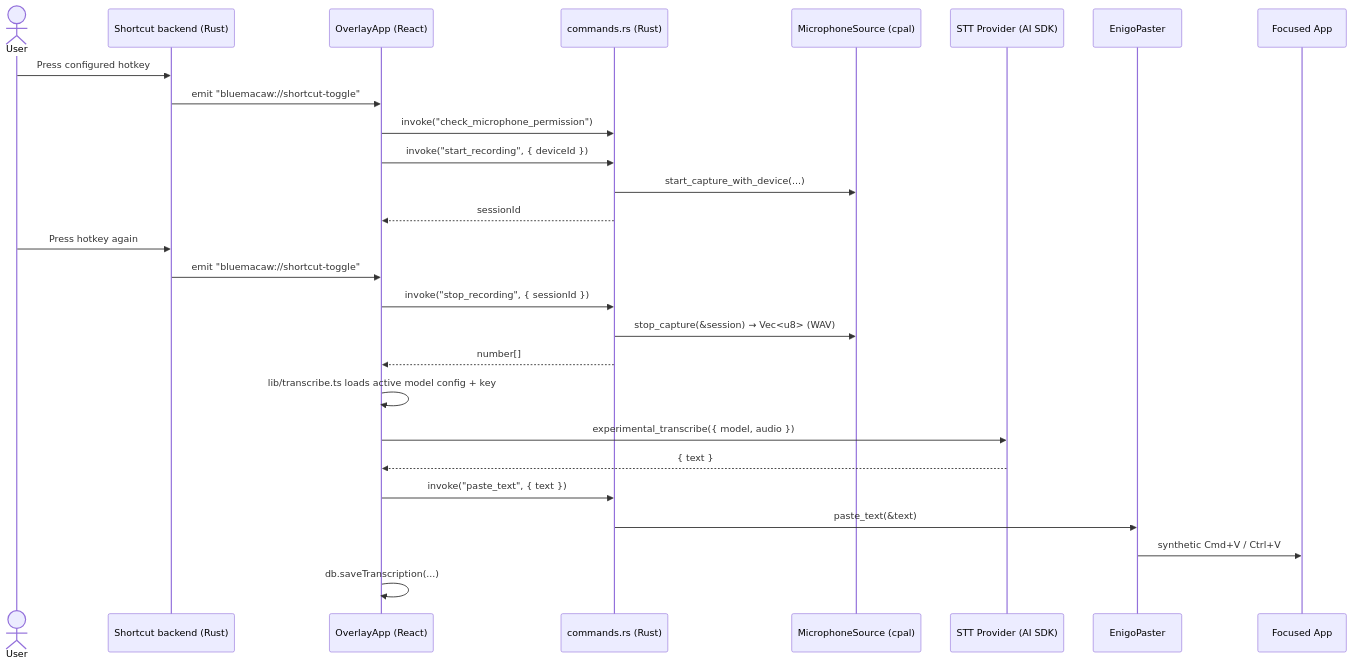
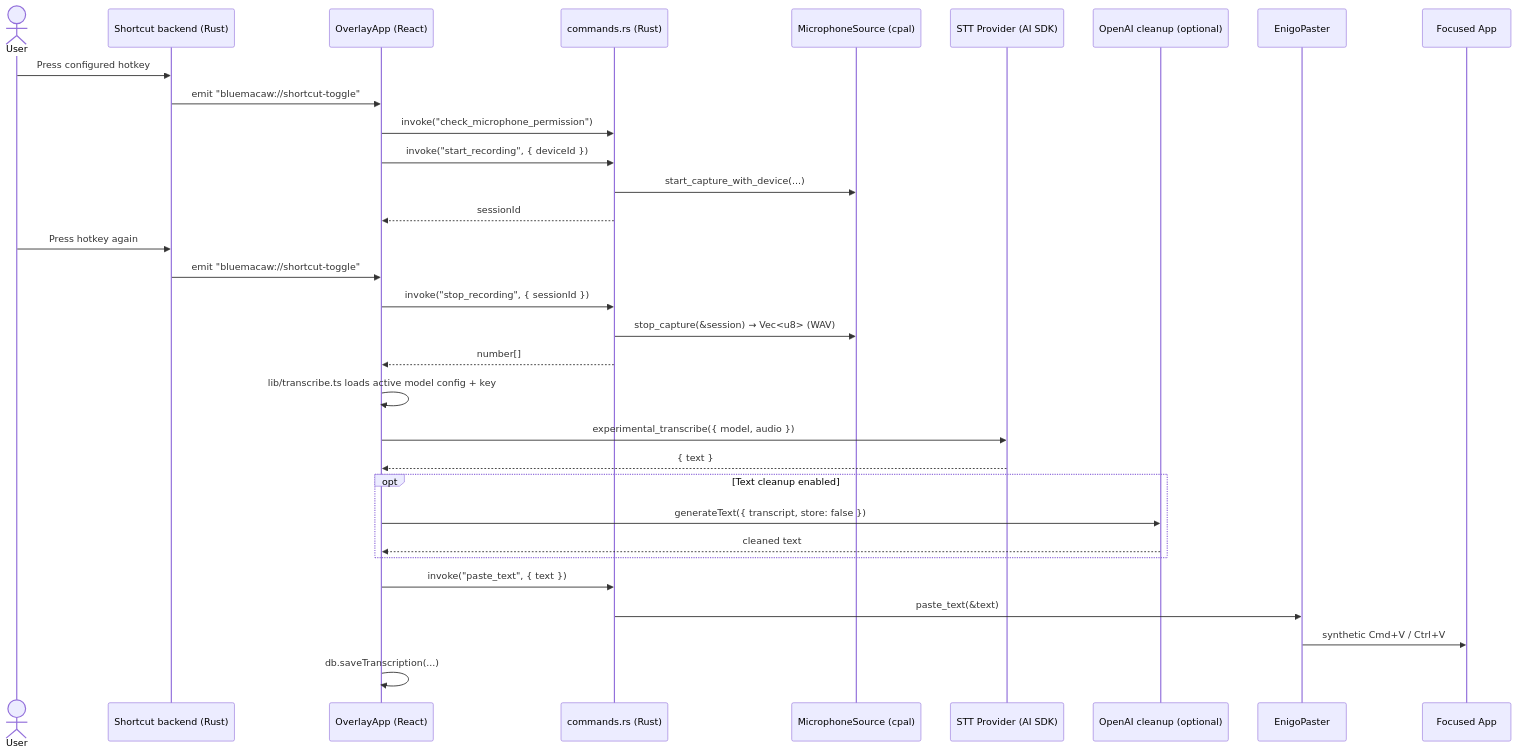
The diagram in docs/architecture.md (VH-Technology/bluemacaw), drawn with Mermaid before and after one commit. The commit also changed other lines of this file and 22 other files, not shown here.

First line of the commit message:
feat(desktop): add optional transcript cleanup (#24)

````diff
--- a/docs/architecture.md
+++ b/docs/architecture.md
@@ -115,30 +115,35 @@
 ```mermaid
 sequenceDiagram
     actor User
     participant Shortcut as Shortcut backend (Rust)
     participant Overlay as OverlayApp (React)
     participant Cmd as commands.rs (Rust)
     participant Audio as MicrophoneSource (cpal)
     participant Provider as STT Provider (AI SDK)
+    participant Cleanup as OpenAI cleanup (optional)
     participant Paster as EnigoPaster
     participant Focused as Focused App
 
     User->>Shortcut: Press configured hotkey
     Shortcut->>Overlay: emit "bluemacaw://shortcut-toggle"
     Overlay->>Cmd: invoke("check_microphone_permission")
     Overlay->>Cmd: invoke("start_recording", { deviceId })
     Cmd->>Audio: start_capture_with_device(...)
     Cmd-->>Overlay: sessionId
     User->>Shortcut: Press hotkey again
     Shortcut->>Overlay: emit "bluemacaw://shortcut-toggle"
     Overlay->>Cmd: invoke("stop_recording", { sessionId })
     Cmd->>Audio: stop_capture(&session) → Vec<u8> (WAV)
     Cmd-->>Overlay: number[]
     Overlay->>Overlay: lib/transcribe.ts loads active model config + key
     Overlay->>Provider: experimental_transcribe({ model, audio })
     Provider-->>Overlay: { text }
+    opt Text cleanup enabled
+        Overlay->>Cleanup: generateText({ transcript, store: false })
+        Cleanup-->>Overlay: cleaned text
+    end
     Overlay->>Cmd: invoke("paste_text", { text })
     Cmd->>Paster: paste_text(&text)
     Paster->>Focused: synthetic Cmd+V / Ctrl+V
     Overlay->>Overlay: db.saveTranscription(...)
 ```
````
